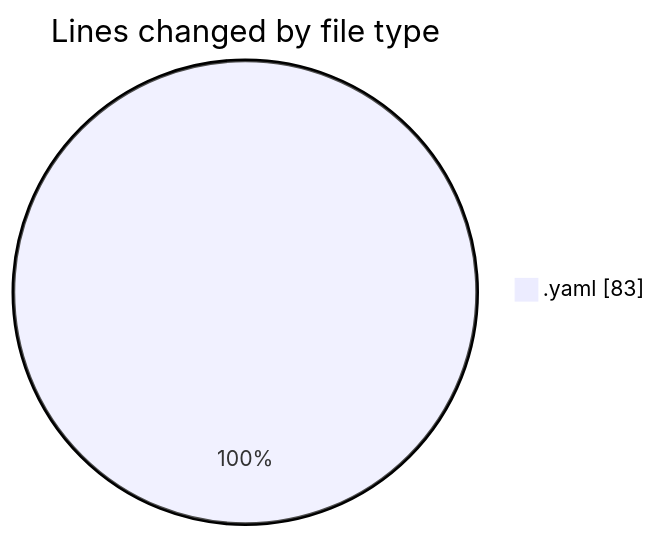
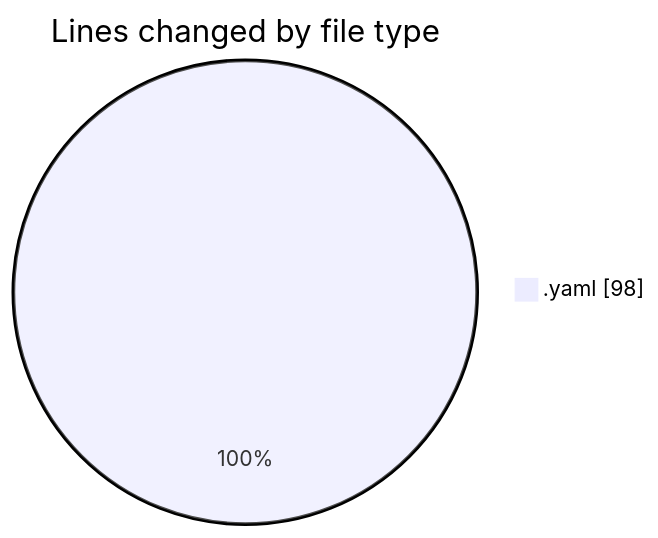
The first of 2 diagrams in 2025-05-08/argos_orchestrator/README.md (nxtqubesakshisongat/code-tracking), drawn with Mermaid before and after one commit. The commit also changed other lines of this file and 1 other file, not shown here.

````diff
--- a/2025-05-08/argos_orchestrator/README.md
+++ b/2025-05-08/argos_orchestrator/README.md
@@ -23,5 +23,5 @@
 ```mermaid
 pie showData
 title Lines changed by file type
-".yaml" : 83
+".yaml" : 98
 ```
````
